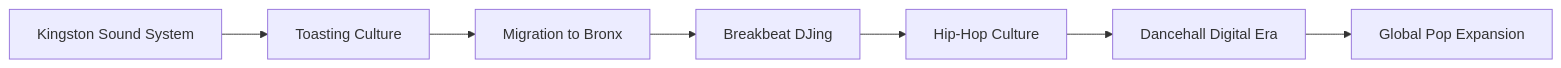
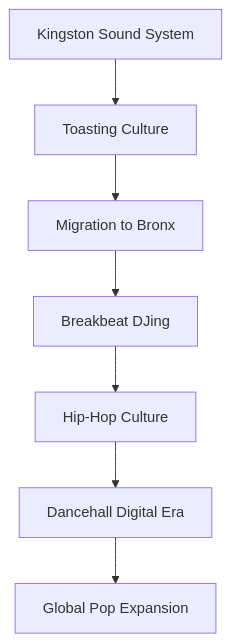
Before and after one commit to monumental-movement/monumental-movement.github.io: the diagram in _posts/2026-02-27-column-reggae-hiphop.md, drawn with Mermaid. The commit also changed 8 other files, not shown here.

```diff
--- a/_posts/2026-02-27-column-reggae-hiphop.md
+++ b/_posts/2026-02-27-column-reggae-hiphop.md
@@ -112,9 +112,9 @@
 <div class="mermaid">
-flowchart LR
+flowchart TD
 A[Kingston Sound System] --> B[Toasting Culture]
 B --> C[Migration to Bronx]
 C --> D[Breakbeat DJing]
 D --> E[Hip-Hop Culture]
 E --> F[Dancehall Digital Era]
 F --> G[Global Pop Expansion]
 </div>
```
